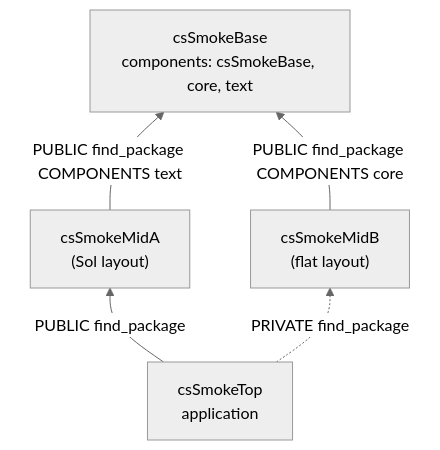
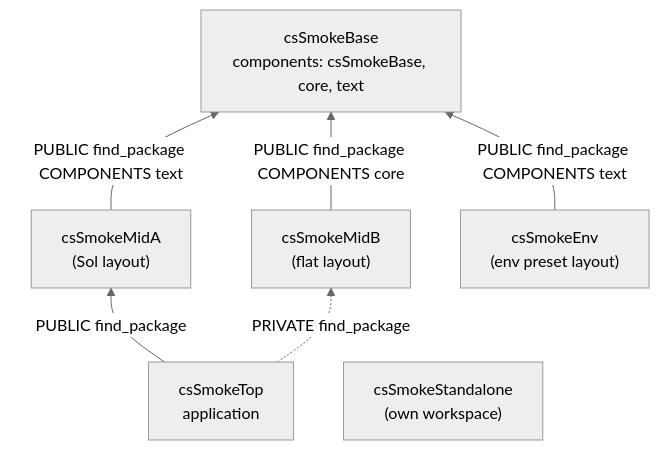
Before and after one commit to cscosine/csCMake: the first of 3 diagrams in tests/smoke/README.md, drawn with Mermaid (neutral theme). The commit also changed other lines of this file and 38 other files, not shown here.

````diff
--- a/tests/smoke/README.md
+++ b/tests/smoke/README.md
@@ -25,7 +27,9 @@
 ```mermaid
 flowchart BT
     midA["csSmokeMidA<br/>(Sol layout)"] -->|"PUBLIC find_package COMPONENTS text"| base["csSmokeBase<br/>components: csSmokeBase, core, text"]
     midB["csSmokeMidB<br/>(flat layout)"] -->|"PUBLIC find_package COMPONENTS core"| base
     top["csSmokeTop<br/>application"] -->|"PUBLIC find_package"| midA
     top -.->|"PRIVATE find_package"| midB
+    env["csSmokeEnv<br/>(env preset layout)"] -->|"PUBLIC find_package COMPONENTS text"| base
+    standalone["csSmokeStandalone<br/>(own workspace)"]
 ```
````
